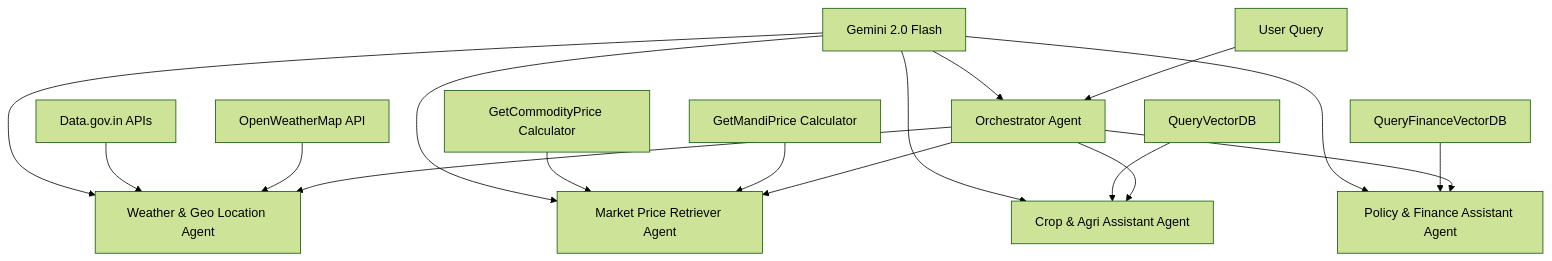
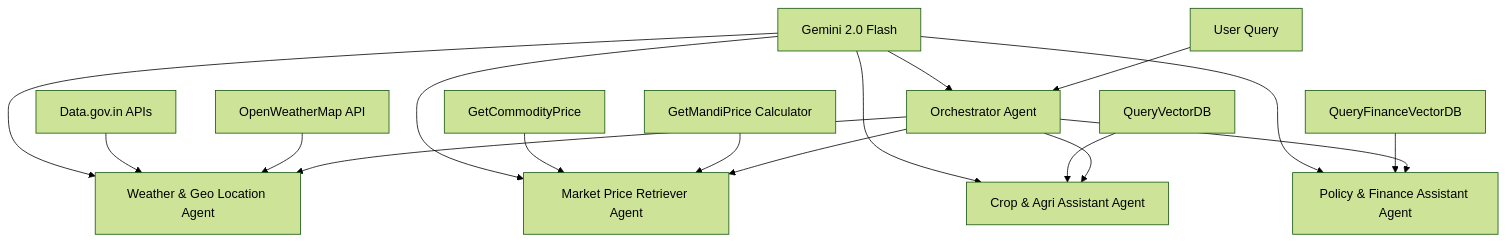
One commit to Ilesh-Dhall/AgriVerse-Capital-One-Launchpad-2025-Hackathon changed the diagram in README.md. Above: the diagram before and after it, drawn with Mermaid (forest theme). The commit also changed other lines of this file and 5 other files, not shown here.

````diff
--- a/README.md
+++ b/README.md
@@ -26,21 +28,21 @@
 ```mermaid
 graph TD
     A[User Query] --> B[Orchestrator Agent]
     B --> C[Weather & Geo Location Agent]
     B --> D[Market Price Retriever Agent]
     B --> E[Crop & Agri Assistant Agent]
     B --> F[Policy & Finance Assistant Agent]
     
     G[OpenWeatherMap API] --> C
     H[Data.gov.in APIs] --> C
     I[GetMandiPrice Calculator] --> D
-    J[GetCommodityPrice Calculator] --> D
+    J[GetCommodityPrice] --> D
     K[QueryVectorDB] --> E
     L[QueryFinanceVectorDB] --> F
     
     M[Gemini 2.0 Flash] --> B
     M --> C
     M --> D
     M --> E
     M --> F
 ```
````
